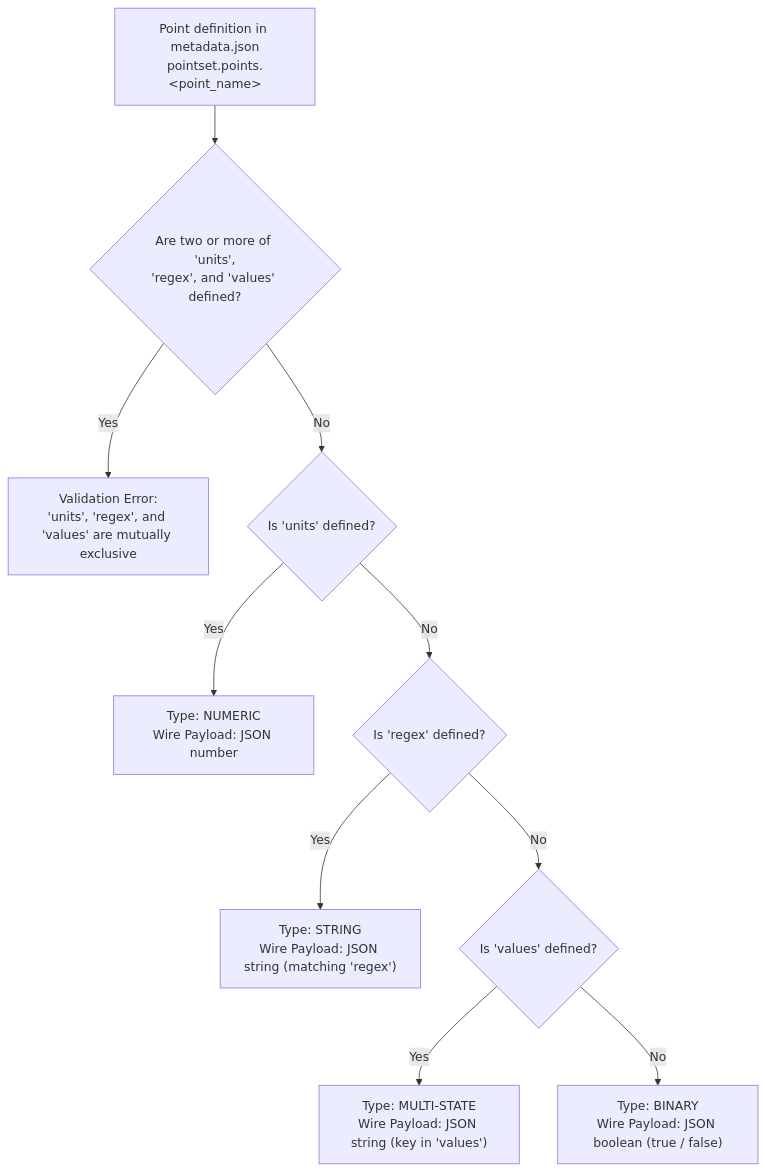
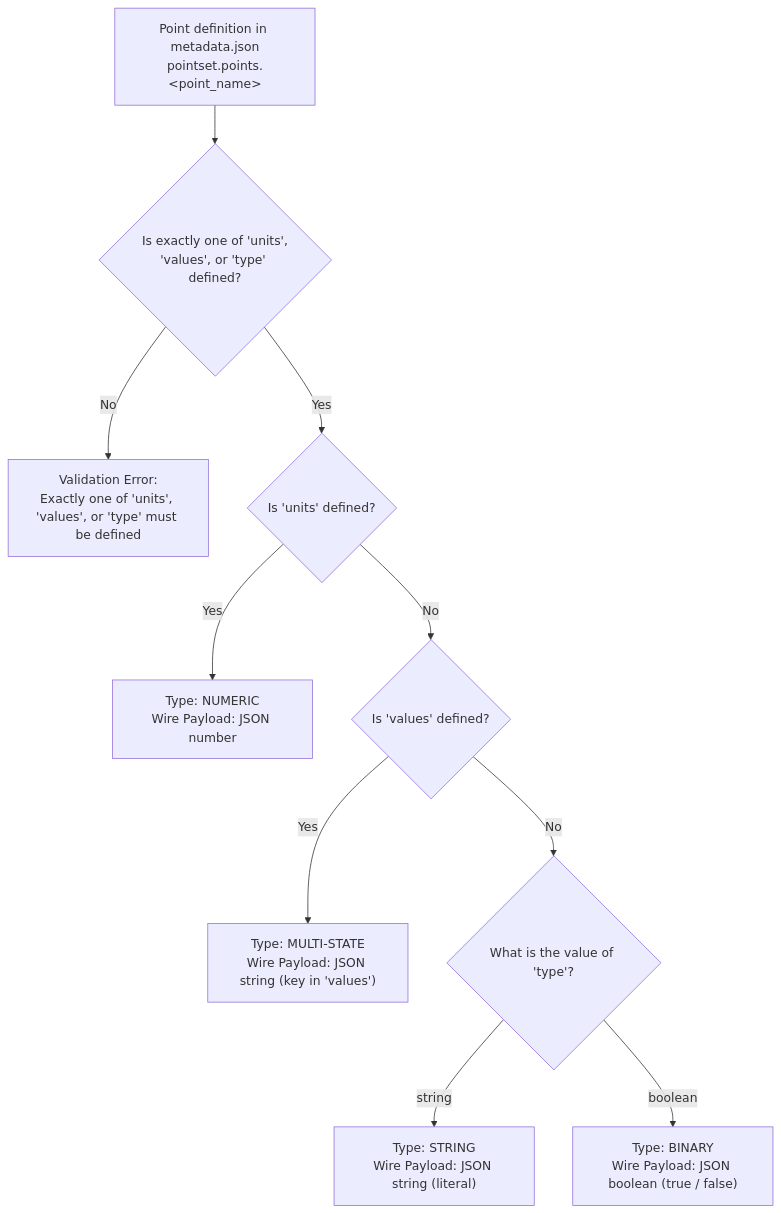
One commit to faucetsdn/udmi changed the diagram in docs/specs/point_typing.md. Above: the diagram before and after it, drawn with Mermaid. The commit also changed other lines of this file and 1 other file, not shown here.

Commit message:
Define String and Binary point types via type field

````diff
--- a/docs/specs/point_typing.md
+++ b/docs/specs/point_typing.md
@@ -21,12 +21,12 @@
 ```mermaid
 flowchart TD
-    A["Point definition in metadata.json<br/>pointset.points.&lt;point_name&gt;"] --> B{"Are two or more of 'units',<br/>'regex', and 'values' defined?"}
-    B -- Yes --> ERR["Validation Error:<br/>'units', 'regex', and 'values' are mutually exclusive"]
-    B -- No --> C{"Is 'units' defined?"}
+    A["Point definition in metadata.json<br/>pointset.points.&lt;point_name&gt;"] --> B{"Is exactly one of 'units',<br/>'values', or 'type' defined?"}
+    B -- No --> ERR["Validation Error:<br/>Exactly one of 'units', 'values', or 'type' must be defined"]
+    B -- Yes --> C{"Is 'units' defined?"}
     C -- Yes --> NUM["Type: NUMERIC<br/>Wire Payload: JSON number"]
-    C -- No --> S{"Is 'regex' defined?"}
-    S -- Yes --> STR["Type: STRING<br/>Wire Payload: JSON string (matching 'regex')"]
-    S -- No --> D{"Is 'values' defined?"}
+    C -- No --> D{"Is 'values' defined?"}
     D -- Yes --> MS["Type: MULTI-STATE<br/>Wire Payload: JSON string (key in 'values')"]
-    D -- No --> BIN["Type: BINARY<br/>Wire Payload: JSON boolean (true / false)"]
+    D -- No --> E{"What is the value of 'type'?"}
+    E -- "string" --> STR["Type: STRING<br/>Wire Payload: JSON string (literal)"]
+    E -- "boolean" --> BIN["Type: BINARY<br/>Wire Payload: JSON boolean (true / false)"]
 ```
````
